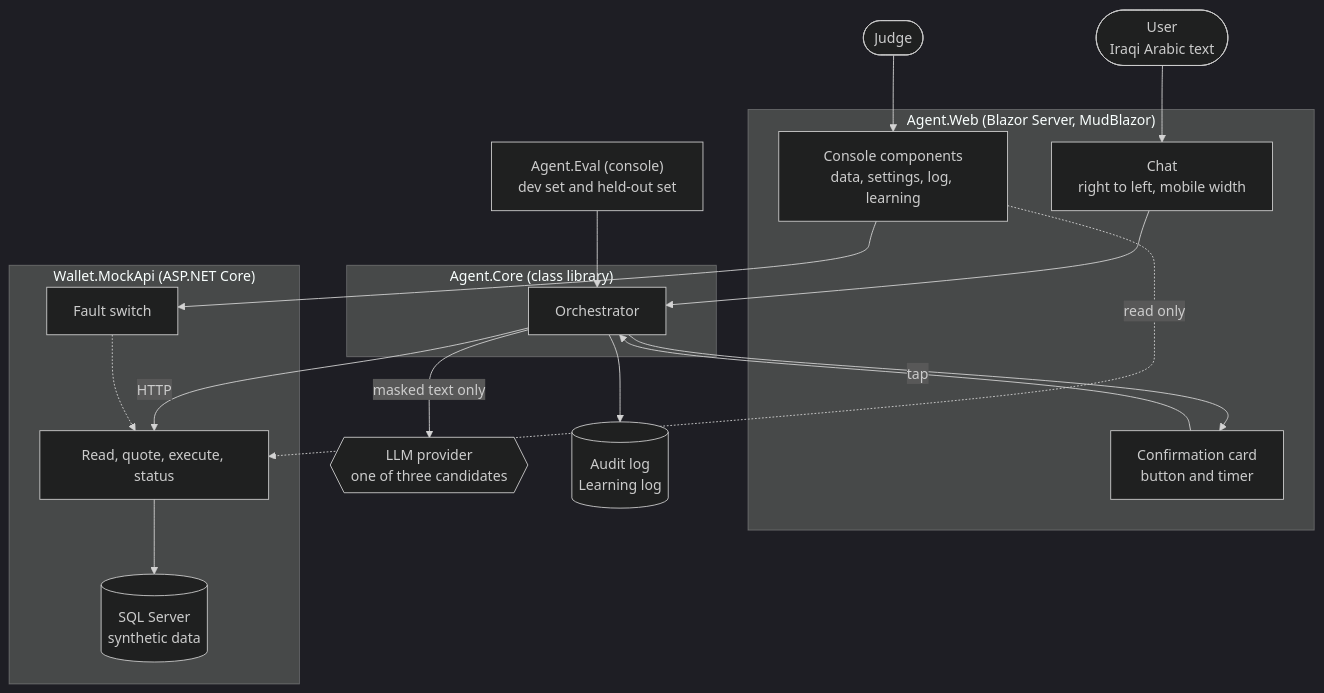
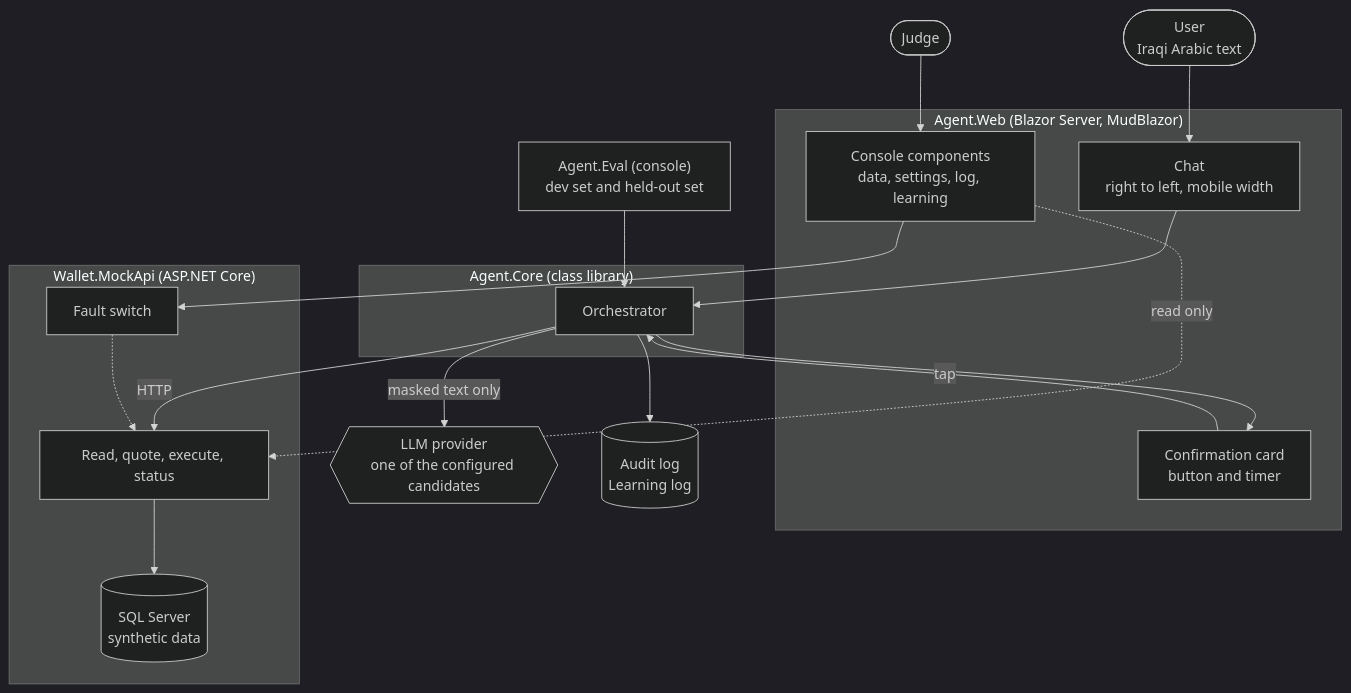
The first of 4 diagrams in docs/architecture.md (Khalil-Alhadidi/Naqoli), drawn with Mermaid (dark theme) before and after one commit. The commit also changed other lines of this file and 10 other files, not shown here.

````diff
--- a/docs/architecture.md
+++ b/docs/architecture.md
@@ -56,40 +56,40 @@
 ```mermaid
 flowchart TB
     user(["User<br/>Iraqi Arabic text"])
     judge(["Judge"])
 
     subgraph web["Agent.Web (Blazor Server, MudBlazor)"]
         chat["Chat<br/>right to left, mobile width"]
         card["Confirmation card<br/>button and timer"]
         panel["Console components<br/>data, settings, log, learning"]
     end
 
     subgraph core["Agent.Core (class library)"]
         orch["Orchestrator"]
     end
 
-    llm{{"LLM provider<br/>one of three candidates"}}
+    llm{{"LLM provider<br/>one of the configured candidates"}}
 
     subgraph api["Wallet.MockApi (ASP.NET Core)"]
         endpoints["Read, quote, execute, status"]
         fault["Fault switch"]
         db[("SQL Server<br/>synthetic data")]
     end
 
     evalr["Agent.Eval (console)<br/>dev set and held-out set"]
     logs[("Audit log<br/>Learning log")]
 
     user --> chat
     chat --> orch
     orch --> card
     card -- "tap" --> orch
     orch -- "masked text only" --> llm
     orch -- "HTTP" --> endpoints
     endpoints --> db
     fault -.-> endpoints
     judge --> panel
     panel --> fault
     panel -. "read only" .-> endpoints
     evalr --> orch
     orch --> logs
 ```
````
